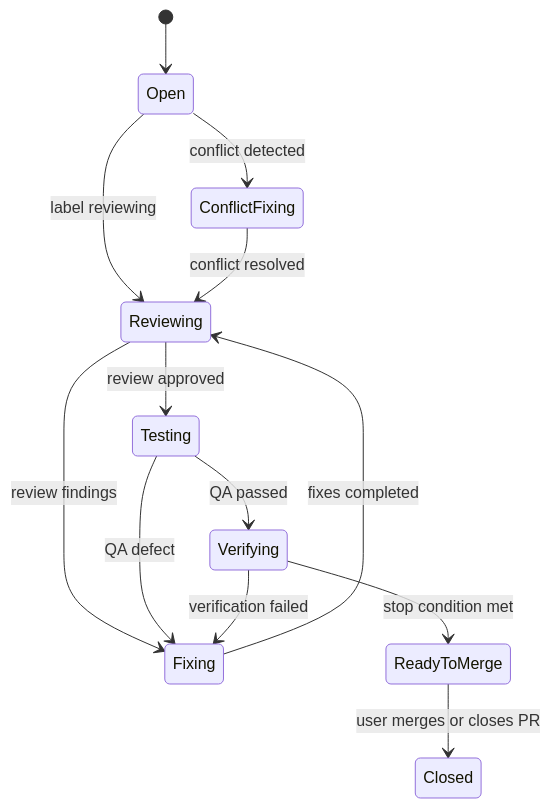
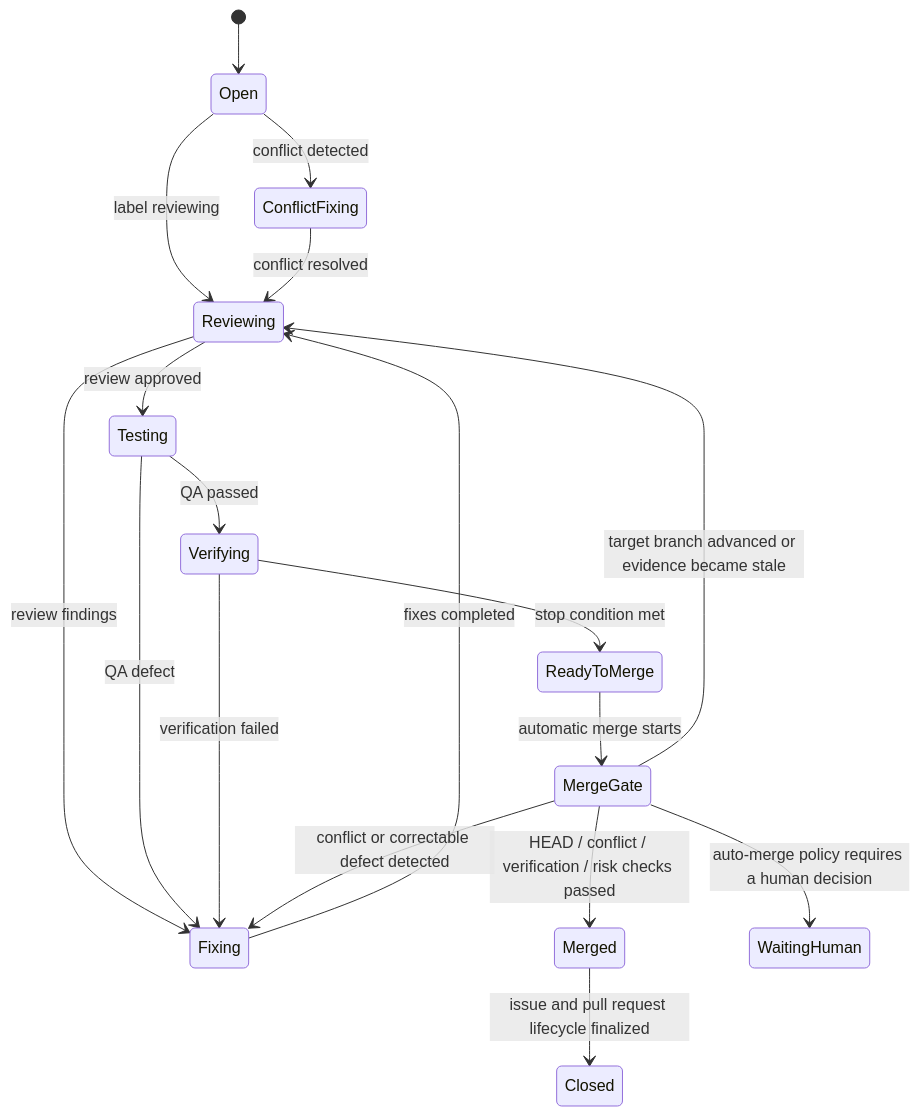
One commit to pluswing/oneteam changed the third of 4 diagrams in docs/04-agent-job-state-machine.md. Above: the diagram before and after it, drawn with Mermaid. The commit also changed other lines of this file and 33 other files, not shown here.

````diff
--- a/docs/04-agent-job-state-machine.md
+++ b/docs/04-agent-job-state-machine.md
@@ -89,15 +93,20 @@
 ```mermaid
 stateDiagram-v2
   [*] --> Open
   Open --> Reviewing: label reviewing
   Reviewing --> Fixing: review findings
   Fixing --> Reviewing: fixes completed
   Reviewing --> Testing: review approved
   Testing --> Fixing: QA defect
   Testing --> Verifying: QA passed
   Verifying --> ReadyToMerge: stop condition met
   Verifying --> Fixing: verification failed
+  ReadyToMerge --> MergeGate: automatic merge starts
+  MergeGate --> Merged: HEAD / conflict / verification / risk checks passed
+  MergeGate --> Reviewing: target branch advanced or evidence became stale
+  MergeGate --> Fixing: conflict or correctable defect detected
+  MergeGate --> WaitingHuman: auto-merge policy requires a human decision
   Open --> ConflictFixing: conflict detected
   ConflictFixing --> Reviewing: conflict resolved
-  ReadyToMerge --> Closed: user merges or closes PR
+  Merged --> Closed: issue and pull request lifecycle finalized
 ```
````
